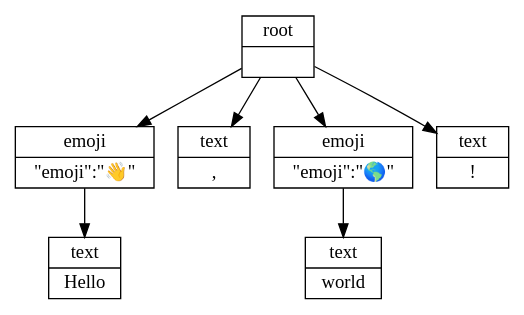
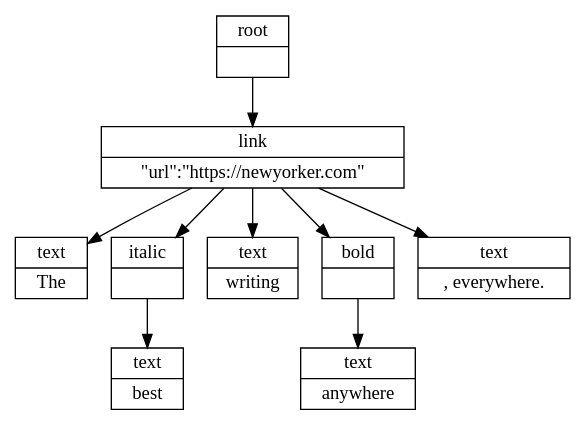
Before and after one commit to CondeNast/atjson: the diagram in packages/@atjson/renderer-graphviz/example.dot, drawn with Graphviz. The commit also changed 14 other files, not shown here.

Commit message:
🐙 update renderer-graphviz

```diff
--- a/packages/@atjson/renderer-graphviz/example.dot
+++ b/packages/@atjson/renderer-graphviz/example.dot
@@ -1,16 +1,20 @@
 digraph atjson{
   node [shape=record];
   root1 [label="{root|{}}"];
-  emoji2 [label="{emoji|{\"emoji\":\"👋\"}}"];
-  text3 [label="{text|Hello}"];
-  text4 [label="{text|, }"];
-  emoji5 [label="{emoji|{\"emoji\":\"🌎\"}}"];
-  text6 [label="{text|world}"];
-  text7 [label="{text|!}"];
-  emoji2 -> text3;
-  root1 -> emoji2;
-  root1 -> text4;
-  emoji5 -> text6;
-  root1 -> emoji5;
-  root1 -> text7;
+  link2 [label="{link|{\"url\":\"https://newyorker.com\"}}"];
+  text3 [label="{text|The }"];
+  italic4 [label="{italic|{}}"];
+  text5 [label="{text|best}"];
+  text6 [label="{text| writing }"];
+  bold7 [label="{bold|{}}"];
+  text8 [label="{text|anywhere}"];
+  text9 [label="{text|, everywhere.}"];
+  link2 -> text3;
+  italic4 -> text5;
+  link2 -> italic4;
+  link2 -> text6;
+  bold7 -> text8;
+  link2 -> bold7;
+  link2 -> text9;
+  root1 -> link2;
 }
```
